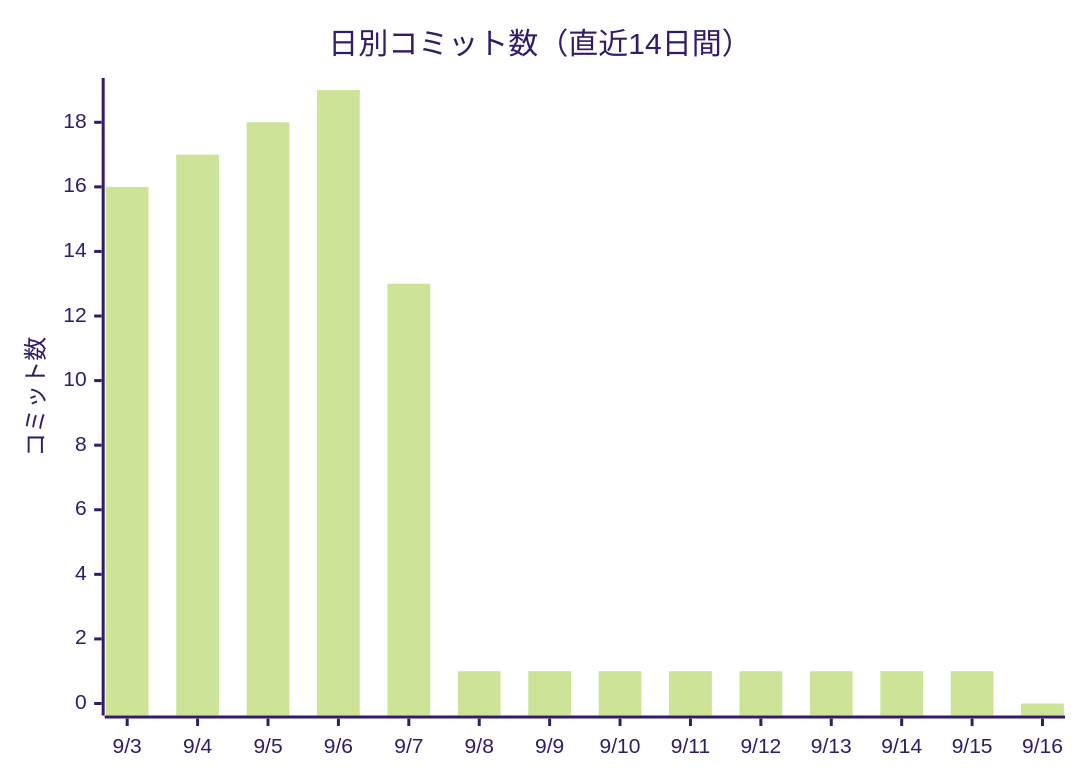
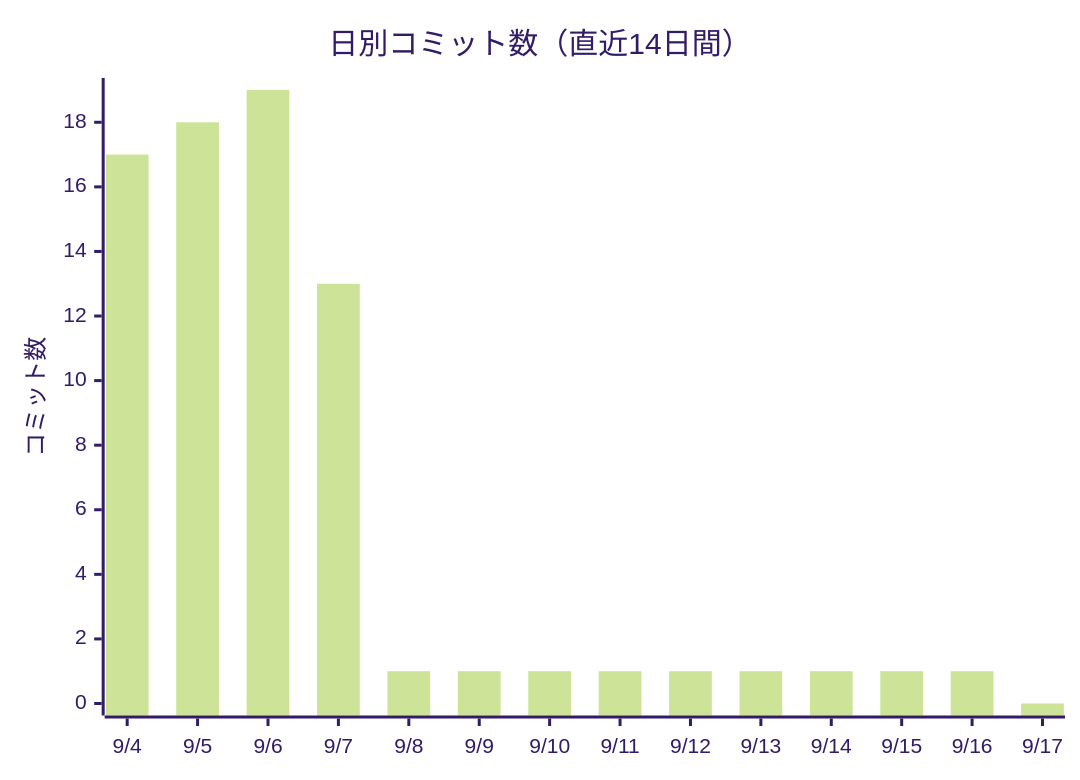
One commit to non-x2/non-x2 changed the first of 2 diagrams in docs/進化レポート.md. Above: the diagram before and after it, drawn with Mermaid (forest theme). The commit also changed other lines of this file and 1 other file, not shown here.

````diff
--- a/docs/進化レポート.md
+++ b/docs/進化レポート.md
@@ -23,7 +23,7 @@
 ```mermaid
 xychart-beta
     title "日別コミット数（直近14日間）"
-    x-axis ["9/3", "9/4", "9/5", "9/6", "9/7", "9/8", "9/9", "9/10", "9/11", "9/12", "9/13", "9/14", "9/15", "9/16"]
+    x-axis ["9/4", "9/5", "9/6", "9/7", "9/8", "9/9", "9/10", "9/11", "9/12", "9/13", "9/14", "9/15", "9/16", "9/17"]
     y-axis "コミット数"
-    bar [16, 17, 18, 19, 13, 1, 1, 1, 1, 1, 1, 1, 1, 0]
+    bar [17, 18, 19, 13, 1, 1, 1, 1, 1, 1, 1, 1, 1, 0]
 ```
````
